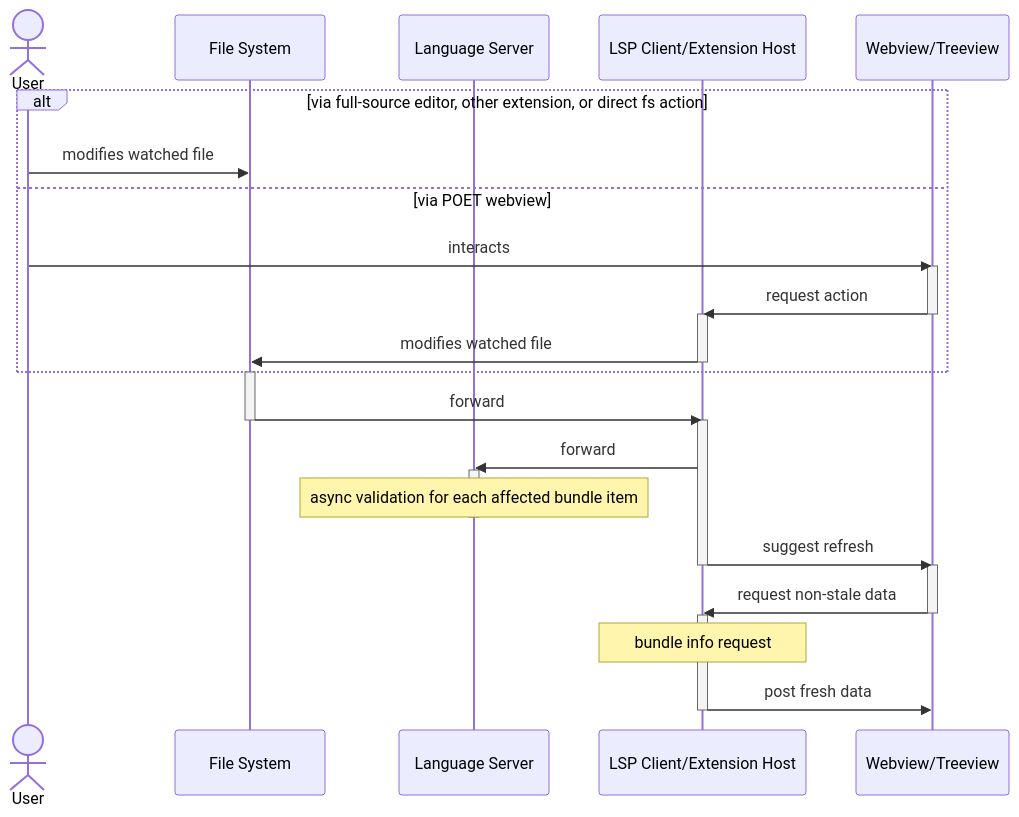
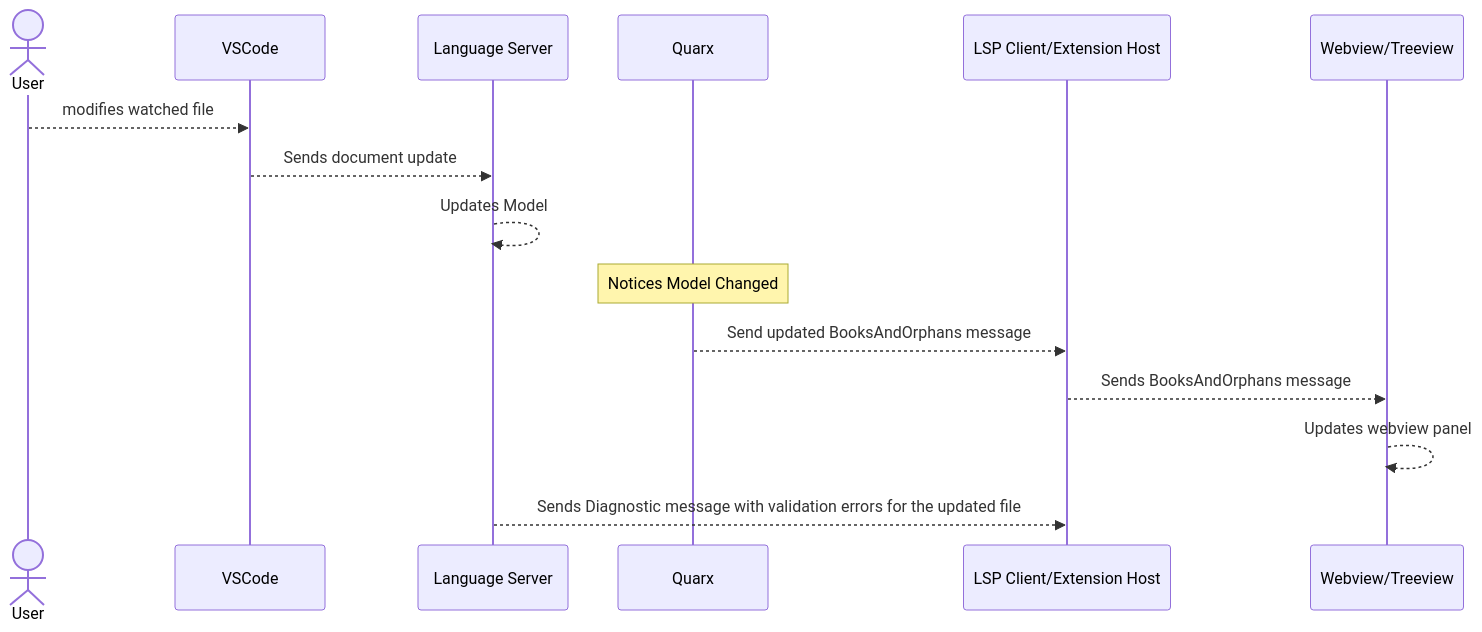
Before and after one commit to openstax/poet: the third of 3 diagrams in README.md, drawn with Mermaid. The commit also changed other lines of this file, not shown here.

Commit message:
add updated Editing sequence diagram

````diff
--- a/README.md
+++ b/README.md
@@ -181,38 +183,19 @@
 ```mermaid
 sequenceDiagram
 
 actor User
-participant FS as File System
+participant VSCode
 participant Server as Language Server
+participant Quarx
 participant Host as LSP Client/Extension Host
 participant Consumer as Webview/Treeview
 
-alt via full-source editor, other extension, or direct fs action
-User->>FS: modifies watched file
-else via POET webview
-User->>Consumer: interacts
-activate Consumer
-Consumer->>Host: request action
-deactivate Consumer
-activate Host
-Host->>FS: modifies watched file
-deactivate Host
-end
-activate FS
-FS->>Host: forward
-deactivate FS
-activate Host
-Host->>Server: forward
-activate Server
-note over Server: async validation for each affected bundle item
-deactivate Server
-Host->>Consumer: suggest refresh
-deactivate Host
-activate Consumer
-Consumer->>Host: request non-stale data
-deactivate Consumer
-activate Host
-note over Host: bundle info request
-Host->>Consumer: post fresh data
-deactivate Host
+User-->>VSCode: modifies watched file
+VSCode-->>Server: Sends document update
+Server-->>Server: Updates Model
+note over Quarx: Notices Model Changed
+Quarx-->>Host: Send updated BooksAndOrphans message
+Host-->>Consumer: Sends BooksAndOrphans message
+Consumer-->>Consumer: Updates webview panel
+Server-->>Host: Sends Diagnostic message with validation errors for the updated file
 ```
````
